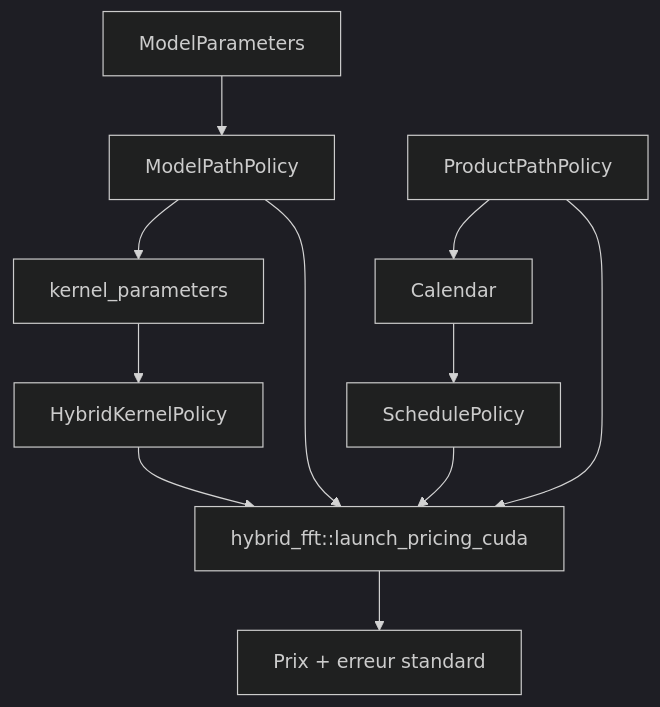
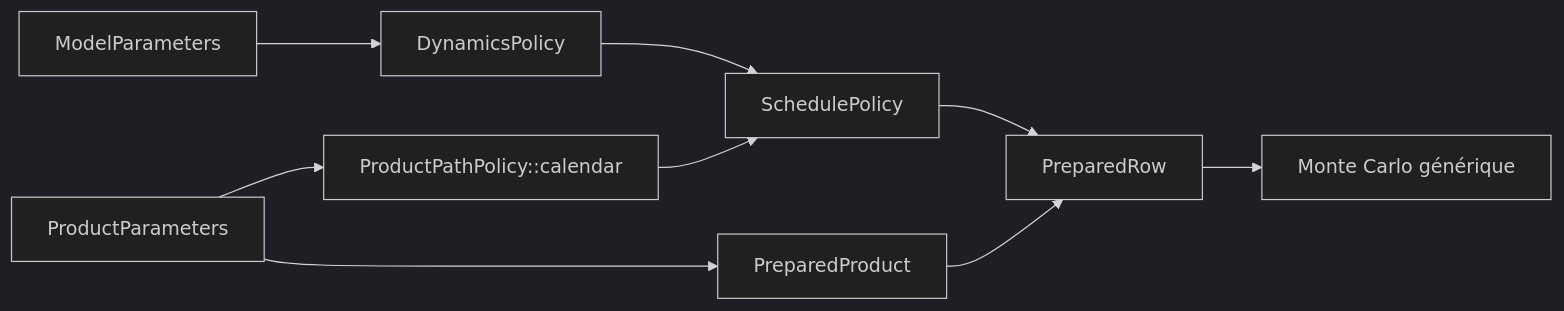
One commit to AurelienGrenard/AI_factory changed the second of 3 diagrams in docs/cuda/pricing-policy-composition.md. Above: the diagram before and after it, drawn with Mermaid (dark theme). The commit also changed other lines of this file and 2469 other files, not shown here.

````diff
--- a/docs/cuda/pricing-policy-composition.md
+++ b/docs/cuda/pricing-policy-composition.md
@@ -614,20 +106,11 @@
 ```mermaid
-flowchart TD
-    MP[ModelParameters]
-    KP[HybridKernelPolicy]
-    PATH[ModelPathPolicy]
-    PP[ProductPathPolicy]
-    SP[SchedulePolicy]
-
-    MP --> PATH
-    PATH --> KPAR[kernel_parameters]
-    KPAR --> KP
-    PP --> CAL[Calendar]
-    CAL --> SP
-
-    KP --> ENGINE[hybrid_fft::launch_pricing_cuda]
-    PATH --> ENGINE
-    SP --> ENGINE
-    PP --> ENGINE
-    ENGINE --> PRICE[Prix + erreur standard]
+flowchart LR
+    M[ModelParameters] --> D[DynamicsPolicy]
+    P[ProductParameters] --> C[ProductPathPolicy::calendar]
+    D --> S[SchedulePolicy]
+    C --> S
+    S --> R[PreparedRow]
+    P --> Q[PreparedProduct]
+    Q --> R
+    R --> K[Monte Carlo générique]
 ```
````
